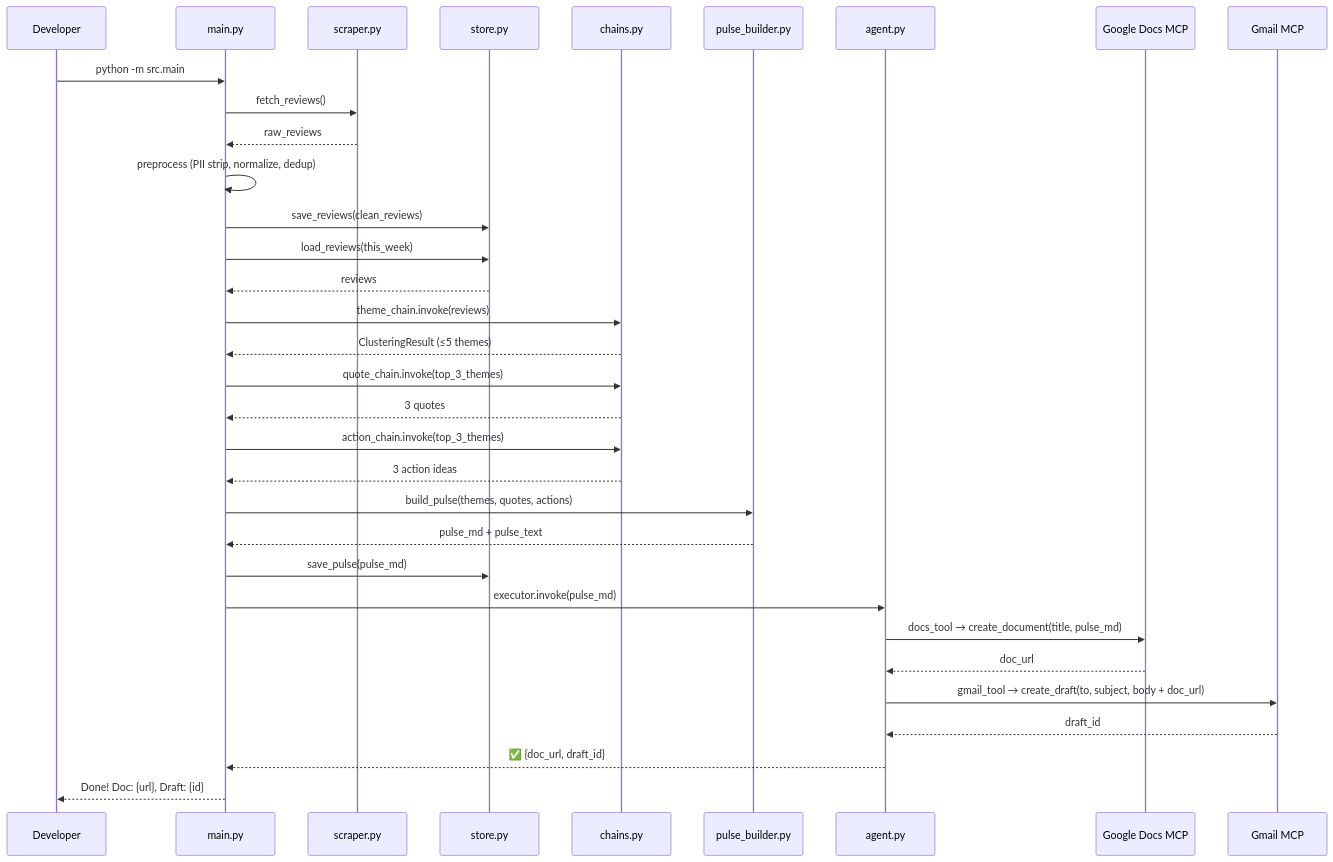
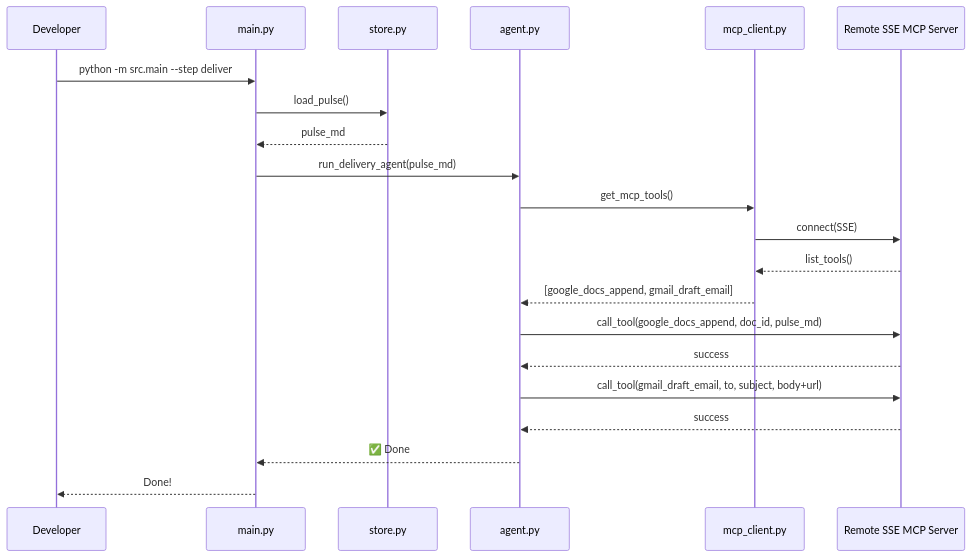
One commit to n21jindal-maker/Groww-Reviews changed the fifth of 6 diagrams in Docs/implementation-plan.md. Above: the diagram before and after it, drawn with Mermaid. The commit also changed other lines of this file and 24 other files, not shown here.

Commit message:
Implement full review agent pipeline and GitHub Actions scheduler

````diff
--- a/Docs/implementation-plan.md
+++ b/Docs/implementation-plan.md
@@ -327,36 +430,24 @@
 ```mermaid
 sequenceDiagram
     participant User as Developer
     participant Main as main.py
-    participant Scraper as scraper.py
     participant Store as store.py
-    participant Chains as chains.py
-    participant Builder as pulse_builder.py
     participant Agent as agent.py
-    participant Docs as Google Docs MCP
-    participant Gmail as Gmail MCP
+    participant MCPClient as mcp_client.py
+    participant MCPServer as Remote SSE MCP Server
 
-    User->>Main: python -m src.main
-    Main->>Scraper: fetch_reviews()
-    Scraper-->>Main: raw_reviews
-    Main->>Main: preprocess (PII strip, normalize, dedup)
-    Main->>Store: save_reviews(clean_reviews)
-    Main->>Store: load_reviews(this_week)
-    Store-->>Main: reviews
-    Main->>Chains: theme_chain.invoke(reviews)
-    Chains-->>Main: ClusteringResult (≤5 themes)
-    Main->>Chains: quote_chain.invoke(top_3_themes)
-    Chains-->>Main: 3 quotes
-    Main->>Chains: action_chain.invoke(top_3_themes)
-    Chains-->>Main: 3 action ideas
-    Main->>Builder: build_pulse(themes, quotes, actions)
-    Builder-->>Main: pulse_md + pulse_text
-    Main->>Store: save_pulse(pulse_md)
-    Main->>Agent: executor.invoke(pulse_md)
-    Agent->>Docs: docs_tool → create_document(title, pulse_md)
-    Docs-->>Agent: doc_url
-    Agent->>Gmail: gmail_tool → create_draft(to, subject, body + doc_url)
-    Gmail-->>Agent: draft_id
-    Agent-->>Main: ✅ {doc_url, draft_id}
-    Main-->>User: Done! Doc: {url}, Draft: {id}
+    User->>Main: python -m src.main --step deliver
+    Main->>Store: load_pulse()
+    Store-->>Main: pulse_md
+    Main->>Agent: run_delivery_agent(pulse_md)
+    Agent->>MCPClient: get_mcp_tools()
+    MCPClient->>MCPServer: connect(SSE)
+    MCPServer-->>MCPClient: list_tools()
+    MCPClient-->>Agent: [google_docs_append, gmail_draft_email]
+    Agent->>MCPServer: call_tool(google_docs_append, doc_id, pulse_md)
+    MCPServer-->>Agent: success
+    Agent->>MCPServer: call_tool(gmail_draft_email, to, subject, body+url)
+    MCPServer-->>Agent: success
+    Agent-->>Main: ✅ Done
+    Main-->>User: Done!
 ```
````
